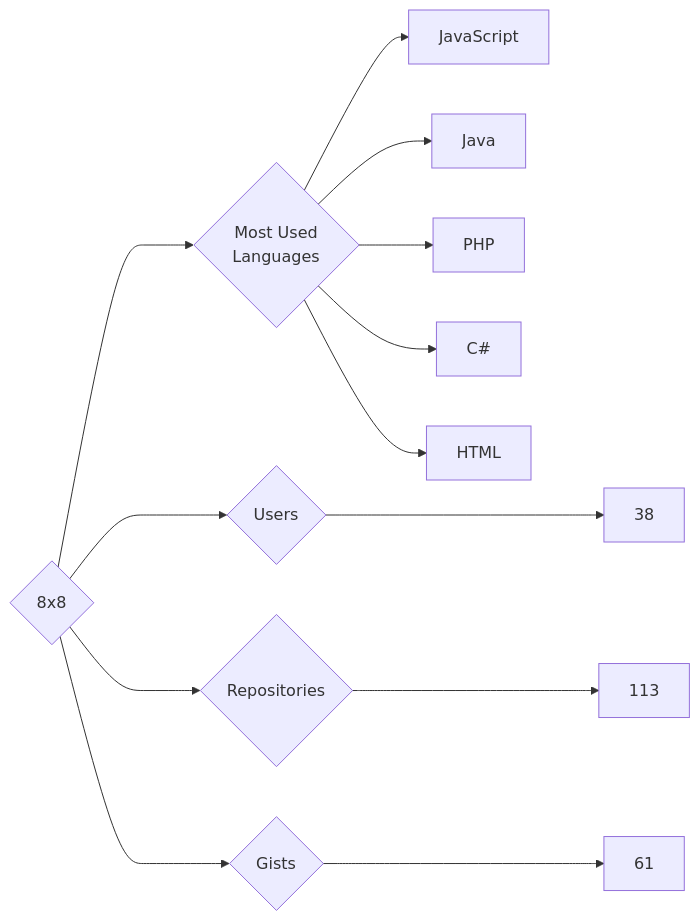
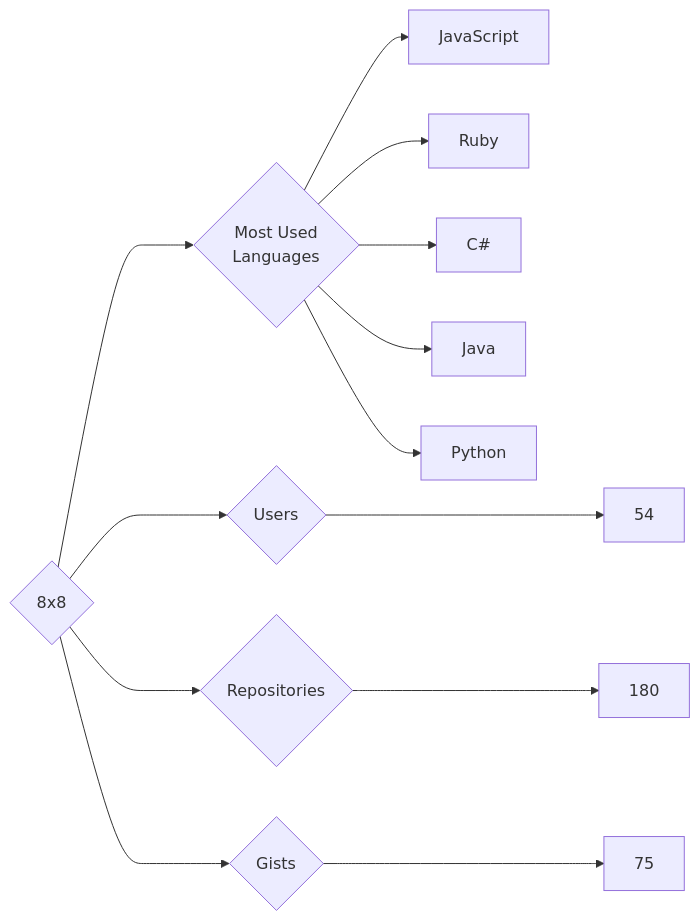
One commit to trickest/insiders changed the diagram in targets/8x8/README.md. Above: the diagram before and after it, drawn with Mermaid. The commit also changed 773 other files, not shown here.

````diff
--- a/targets/8x8/README.md
+++ b/targets/8x8/README.md
@@ -3,13 +3,13 @@
 ```mermaid
 graph LR
 COMPANY_NAME{8x8}
-COMPANY_NAME ---> U{Users} ---> UN[38]
-COMPANY_NAME ---> R{Repositories} ---> RN[113]
-COMPANY_NAME ---> G{Gists} ---> GN[61]
+COMPANY_NAME ---> U{Users} ---> UN[54]
+COMPANY_NAME ---> R{Repositories} ---> RN[180]
+COMPANY_NAME ---> G{Gists} ---> GN[75]
 COMPANY_NAME ---> ML{Most Used<br>Languages}
 ML --> JavaScript[JavaScript]
+ML --> Ruby[Ruby]
+ML --> C#[C#]
 ML --> Java[Java]
-ML --> PHP[PHP]
-ML --> C#[C#]
-ML --> HTML[HTML]
+ML --> Python[Python]
 ```
````
